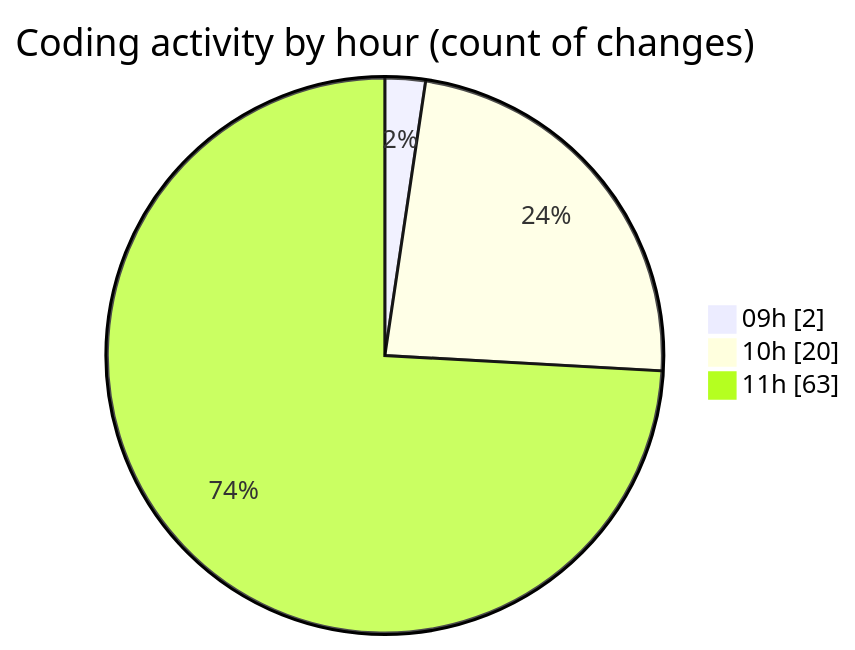
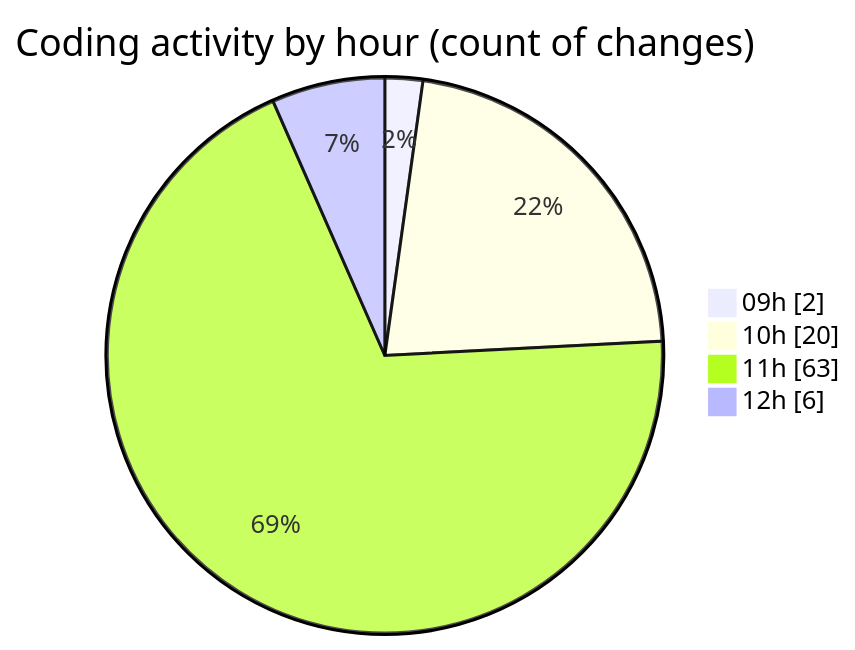
One commit to momahboobian/code-tracking changed the second of 2 diagrams in 2025-04-08/cda/README.md. Above: the diagram before and after it, drawn with Mermaid. The commit also changed other lines of this file and 1 other file, not shown here.

````diff
--- a/2025-04-08/cda/README.md
+++ b/2025-04-08/cda/README.md
@@ -31,7 +31,8 @@
 ```mermaid
 pie showData
 title Coding activity by hour (count of changes)
 "09h" : 2
 "10h" : 20
 "11h" : 63
+"12h" : 6
 ```
````
